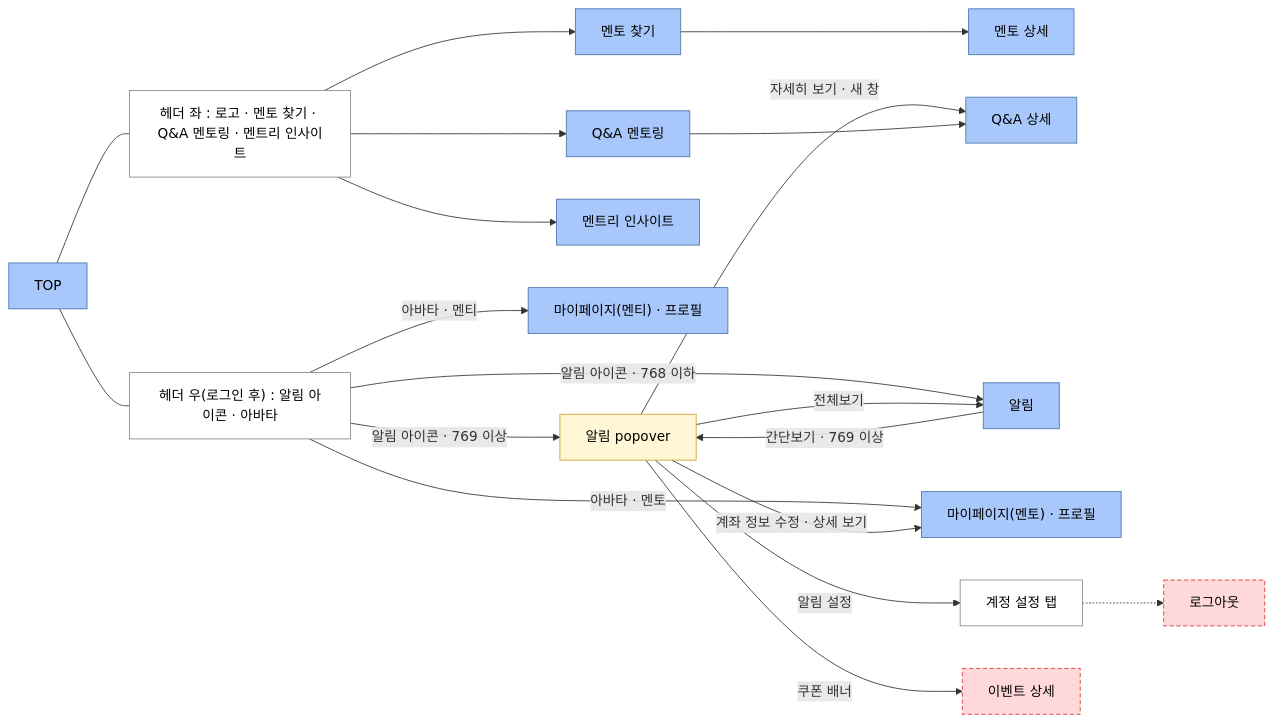
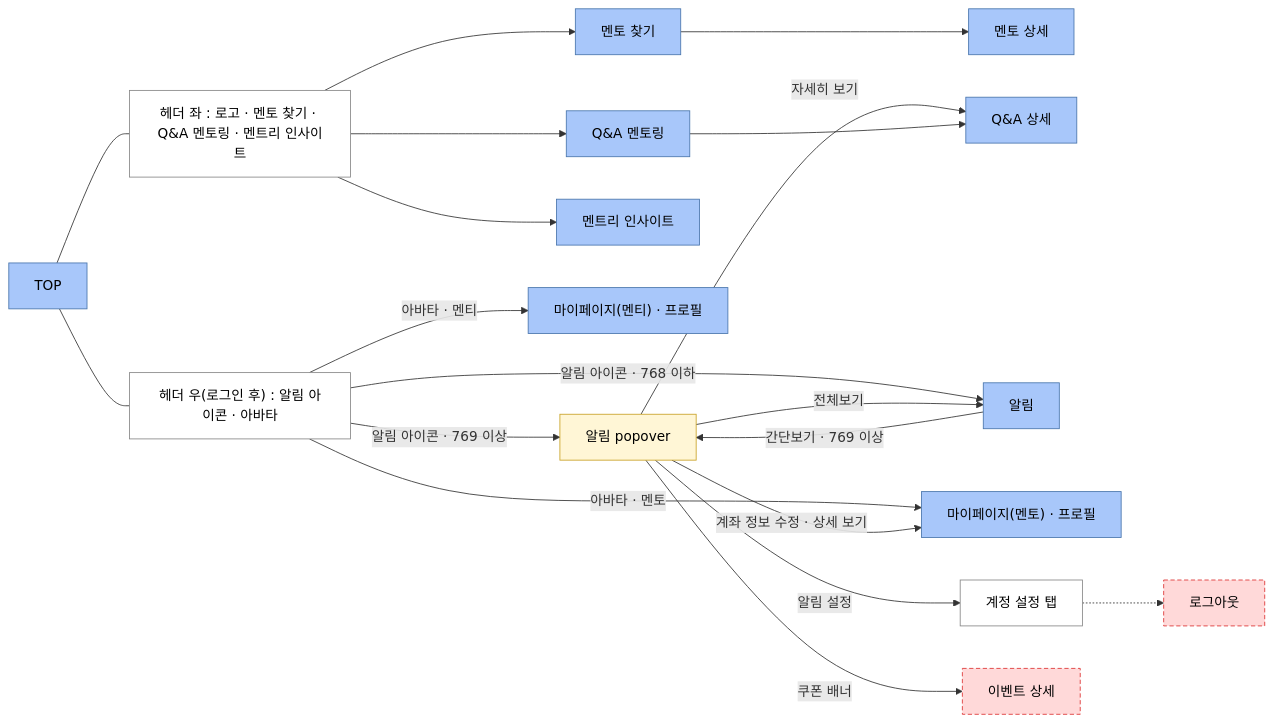
Before and after one commit to jisoo-y-mentree/mentree2-pd-fe: the first of 4 diagrams in design/docs/transition-map.md, drawn with Mermaid. The commit also changed other lines of this file and 6 other files, not shown here.

````diff
--- a/design/docs/transition-map.md
+++ b/design/docs/transition-map.md
@@ -44,46 +44,46 @@
 ```mermaid
 flowchart LR
   top["TOP"]
   find["멘토 찾기"]
   mdet["멘토 상세"]
   qa["Q&A 멘토링"]
   qad["Q&A 상세"]
   ins["멘트리 인사이트"]
   noti["알림"]
   mpe["마이페이지(멘티) · 프로필"]
   mpm["마이페이지(멘토) · 프로필"]
   hdrL["헤더 좌 : 로고 · 멘토 찾기 · Q&A 멘토링 · 멘트리 인사이트"]
   hdrR["헤더 우(로그인 후) : 알림 아이콘 · 아바타"]
   bell["알림 popover"]
   setj["계정 설정 탭"]
   logout["로그아웃"]
   ev["이벤트 상세"]
 
   top --- hdrL
   top --- hdrR
   hdrL --> find
   hdrL --> qa
   hdrL --> ins
   hdrR -->|"알림 아이콘 · 769 이상"| bell
   hdrR -->|"알림 아이콘 · 768 이하"| noti
   noti -->|"간단보기 · 769 이상"| bell
   hdrR -->|"아바타 · 멘티"| mpe
   hdrR -->|"아바타 · 멘토"| mpm
   bell -->|"전체보기"| noti
-  bell -->|"자세히 보기 · 새 창"| qad
+  bell -->|"자세히 보기"| qad
   bell -->|"계좌 정보 수정 · 상세 보기"| mpm
   bell -->|"알림 설정"| setj
   bell -->|"쿠폰 배너"| ev
   setj -.-> logout
   find --> mdet
   qa --> qad
 
   classDef s fill:#a8c7fa,stroke:#4a76ad,color:#000
   classDef b fill:#ffffff,stroke:#888888,color:#000
   classDef m fill:#fff6d6,stroke:#c9a227,color:#000
   classDef q fill:#ffd9d9,stroke:#dd3333,stroke-dasharray:5 3,color:#000
   class top,find,mdet,qa,qad,ins,noti,mpe,mpm s
   class hdrL,hdrR,setj b
   class bell m
   class logout,ev q
 ```
````
